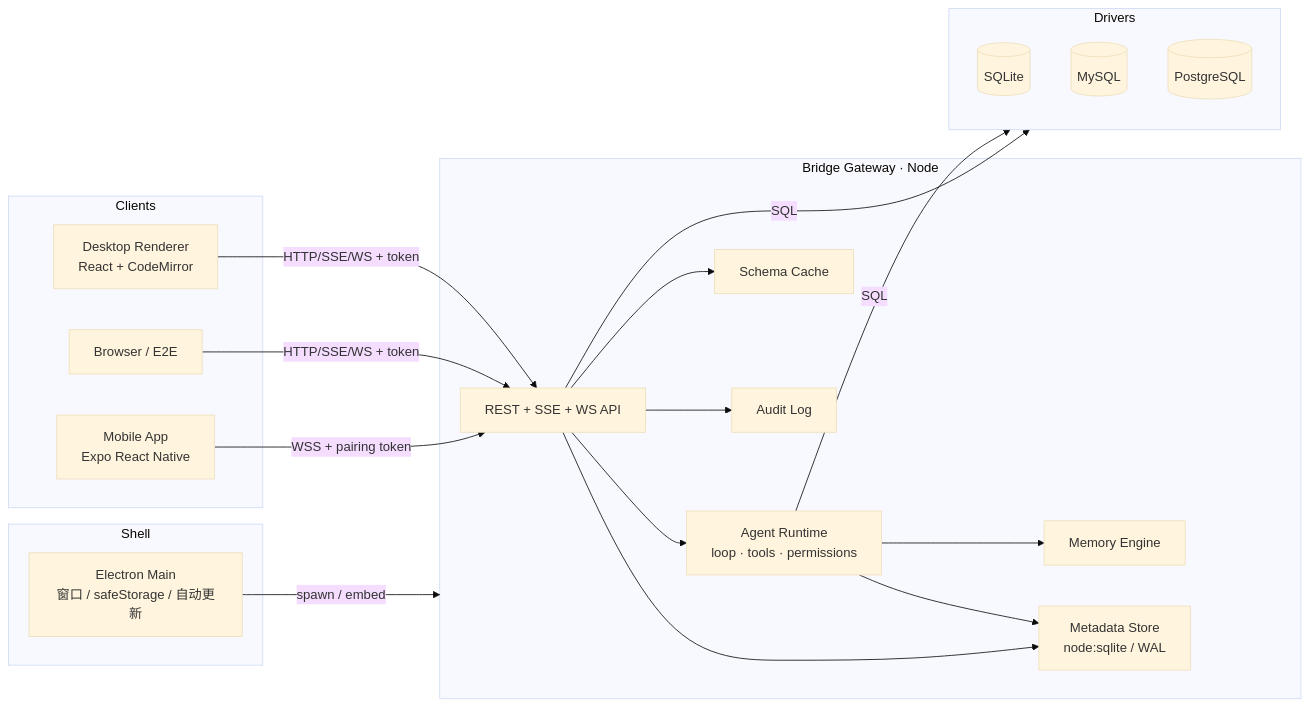
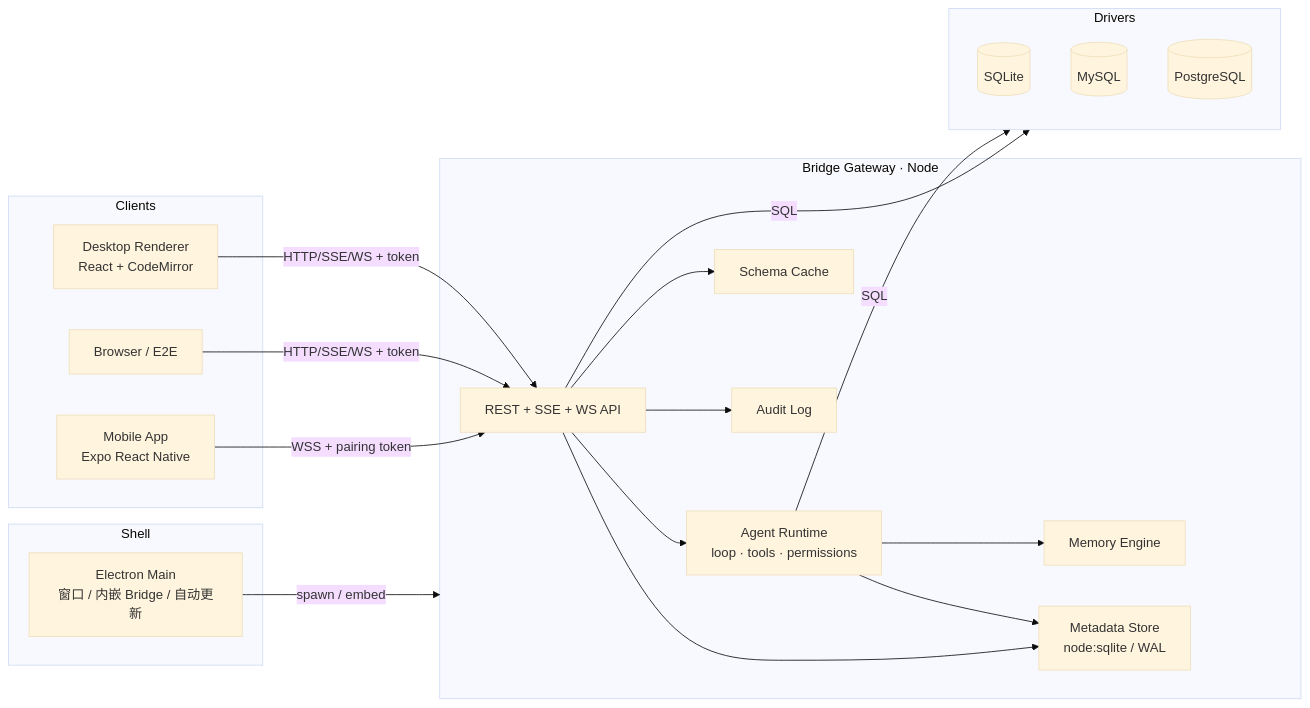
One commit to keiskeies/ai-db changed the first of 3 diagrams in docs/01-tech-architecture.md. Above: the diagram before and after it, drawn with Mermaid (base theme). The commit also changed other lines of this file and 249 other files, not shown here.

````diff
--- a/docs/01-tech-architecture.md
+++ b/docs/01-tech-architecture.md
@@ -57,40 +57,40 @@
 ```mermaid
 flowchart LR
   subgraph Clients
     D[Desktop Renderer<br/>React + CodeMirror]
     M[Mobile App<br/>Expo React Native]
     W[Browser / E2E]
   end
 
   subgraph Shell
-    E[Electron Main<br/>窗口 / safeStorage / 自动更新]
+    E[Electron Main<br/>窗口 / 内嵌 Bridge / 自动更新]
   end
 
   subgraph Bridge[Bridge Gateway · Node]
     API[REST + SSE + WS API]
     AG[Agent Runtime<br/>loop · tools · permissions]
     MEM[Memory Engine]
     CAT[Metadata Store<br/>node:sqlite / WAL]
     SCH[Schema Cache]
     AUD[Audit Log]
   end
 
   subgraph Drivers
     S[(SQLite)]
     MY[(MySQL)]
     PG[(PostgreSQL)]
   end
 
   D -->|HTTP/SSE/WS + token| API
   W -->|HTTP/SSE/WS + token| API
   M -->|WSS + pairing token| API
   E -->|spawn / embed| Bridge
   API --> AG
   AG --> MEM
   AG --> CAT
   API --> CAT
   API --> SCH
   API --> AUD
   AG -->|SQL| Drivers
   API -->|SQL| Drivers
 ```
````
